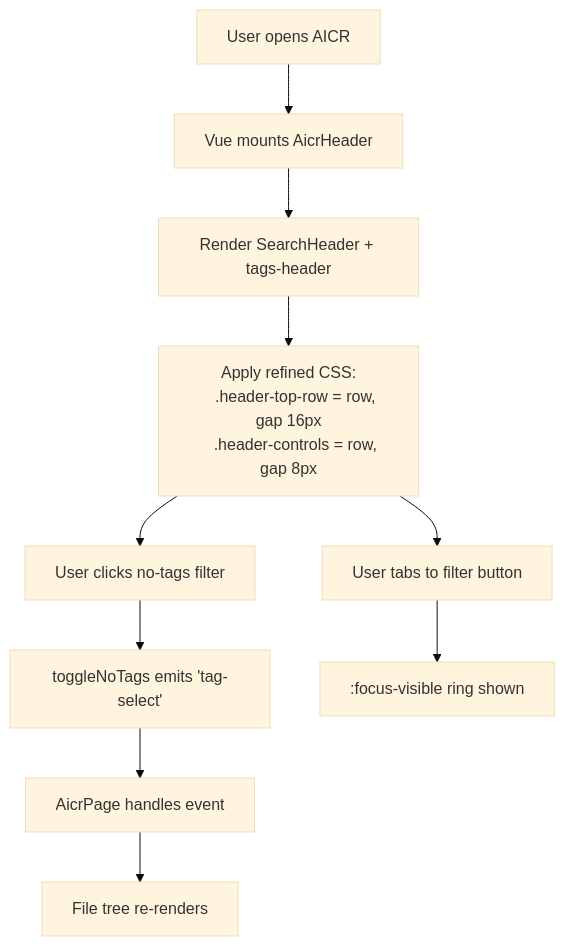
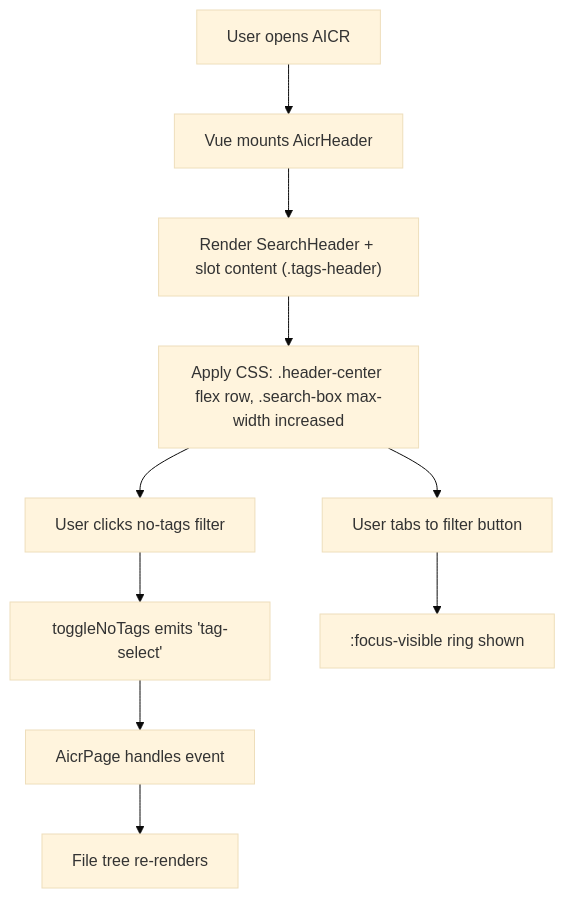
The second of 3 diagrams in docs/header-top-row-redesign/03_design-document.md (effiy/YiWeb), drawn with Mermaid (base theme) before and after one commit. The commit also changed other lines of this file and 19 other files, not shown here.

First line of the commit message:
feat: header top row redesign — finalize layout and documentation

````diff
--- a/docs/header-top-row-redesign/03_design-document.md
+++ b/docs/header-top-row-redesign/03_design-document.md
@@ -71,14 +69,12 @@
 ```mermaid
 flowchart TD
     A["User opens AICR"] --> B["Vue mounts AicrHeader"]
-    B --> C["Render SearchHeader + tags-header"]
-    C --> D["Apply refined CSS:
-    .header-top-row = row, gap 16px
-    .header-controls = row, gap 8px"]
+    B --> C["Render SearchHeader + slot content (.tags-header)"]
+    C --> D["Apply CSS: .header-center flex row, .search-box max-width increased"]
     D --> E["User clicks no-tags filter"]
     E --> F["toggleNoTags emits 'tag-select'"]
     F --> G["AicrPage handles event"]
     G --> H["File tree re-renders"]
     D --> I["User tabs to filter button"]
     I --> J[":focus-visible ring shown"]
 ```
````
